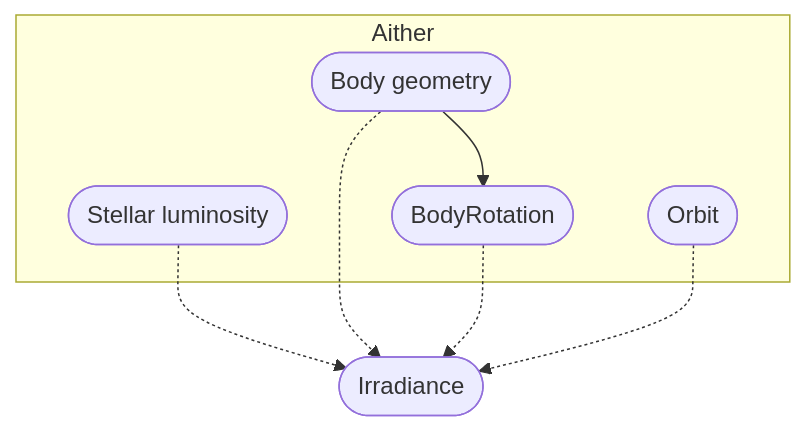
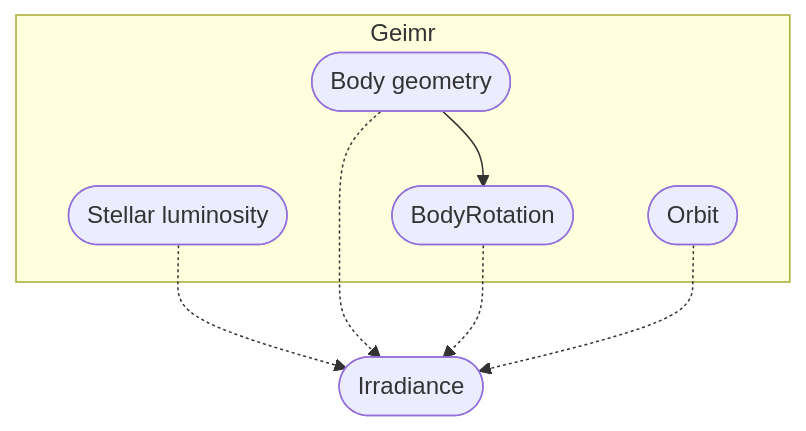
Before and after one commit to lagardej/mimameithr: the first of 8 diagrams in docs/concerns.adoc, drawn with Mermaid. The commit also changed other lines of this file and 3 other files, not shown here.

```diff
--- a/docs/concerns.adoc
+++ b/docs/concerns.adoc
@@ -22,18 +22,18 @@
 [mermaid]
 ....
 flowchart TB
-    subgraph Aither
+    subgraph Geimr
         StellarLuminosity([Stellar luminosity])
         BodyGeometry([Body geometry])
         Orbit([Orbit])
         BodyRotation([BodyRotation])
     end
 
     Irradiance([Irradiance])
 
     BodyGeometry --> BodyRotation
     StellarLuminosity -.-> Irradiance
     BodyGeometry -.-> Irradiance
     BodyRotation -.-> Irradiance
     Orbit -.-> Irradiance
 ....
```
